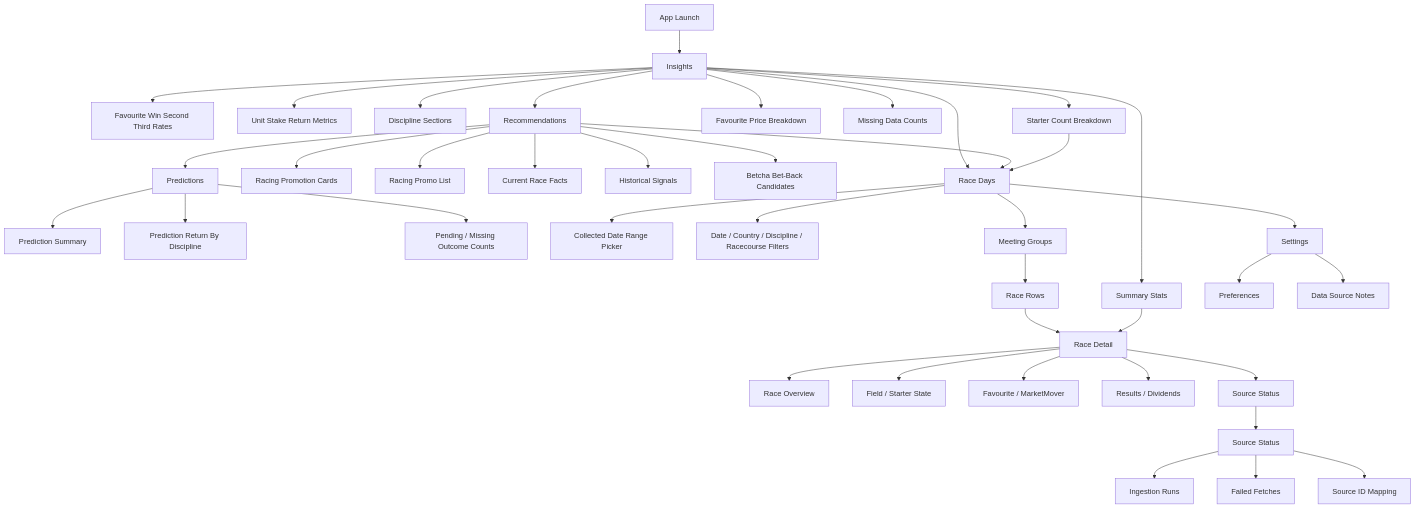
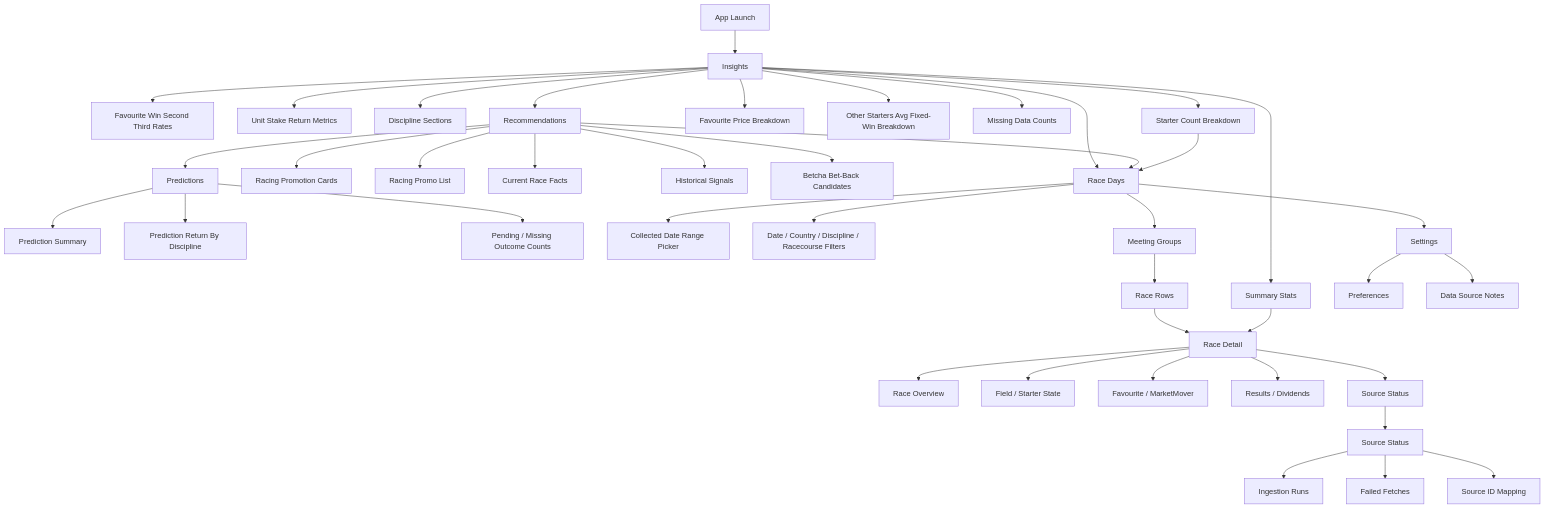
The first of 3 diagrams in docs/architecture/information-architecture.md (FabianDouch/feeling-gamba), drawn with Mermaid before and after one commit. The commit also changed other lines of this file and 14 other files, not shown here.

````diff
--- a/docs/architecture/information-architecture.md
+++ b/docs/architecture/information-architecture.md
@@ -362,50 +372,51 @@
 ```mermaid
 flowchart TD
   launch[App Launch] --> insights[Insights]
 
   insights --> summaryStats[Summary Stats]
   insights --> favFinish[Favourite Win Second Third Rates]
   insights --> returnStats[Unit Stake Return Metrics]
   insights --> disciplineStats[Discipline Sections]
   insights --> starterBreakdown[Starter Count Breakdown]
   insights --> priceBreakdown[Favourite Price Breakdown]
+  insights --> otherPriceBreakdown[Other Starters Avg Fixed-Win Breakdown]
   insights --> missingData[Missing Data Counts]
   insights --> recommendations[Recommendations]
   insights --> raceDays[Race Days]
 
   recommendations --> promoCards[Racing Promotion Cards]
   recommendations --> racingPromoList[Racing Promo List]
   recommendations --> currentRaceFacts[Current Race Facts]
   recommendations --> promoSignals[Historical Signals]
   recommendations --> betBackCandidates[Betcha Bet-Back Candidates]
   recommendations --> predictions[Predictions]
   recommendations --> raceDays
 
   predictions --> predictionSummary[Prediction Summary]
   predictions --> predictionReturns[Prediction Return By Discipline]
   predictions --> predictionMissing[Pending / Missing Outcome Counts]
 
   raceDays --> datePicker[Collected Date Range Picker]
   raceDays --> filters[Date / Country / Discipline / Racecourse Filters]
   raceDays --> meetingGroups[Meeting Groups]
   meetingGroups --> raceRows[Race Rows]
   raceRows --> raceDetail[Race Detail]
 
   raceDetail --> raceOverview[Race Overview]
   raceDetail --> fieldState[Field / Starter State]
   raceDetail --> marketState[Favourite / MarketMover]
   raceDetail --> resultState[Results / Dividends]
   raceDetail --> sourceState[Source Status]
 
   summaryStats --> raceDetail
   starterBreakdown --> raceDays
 
   sourceState --> sourceStatus[Source Status]
   sourceStatus --> ingestionRuns[Ingestion Runs]
   sourceStatus --> failedFetches[Failed Fetches]
   sourceStatus --> sourceMapping[Source ID Mapping]
 
   raceDays --> settings[Settings]
   settings --> preferences[Preferences]
   settings --> dataNotes[Data Source Notes]
 ```
````
